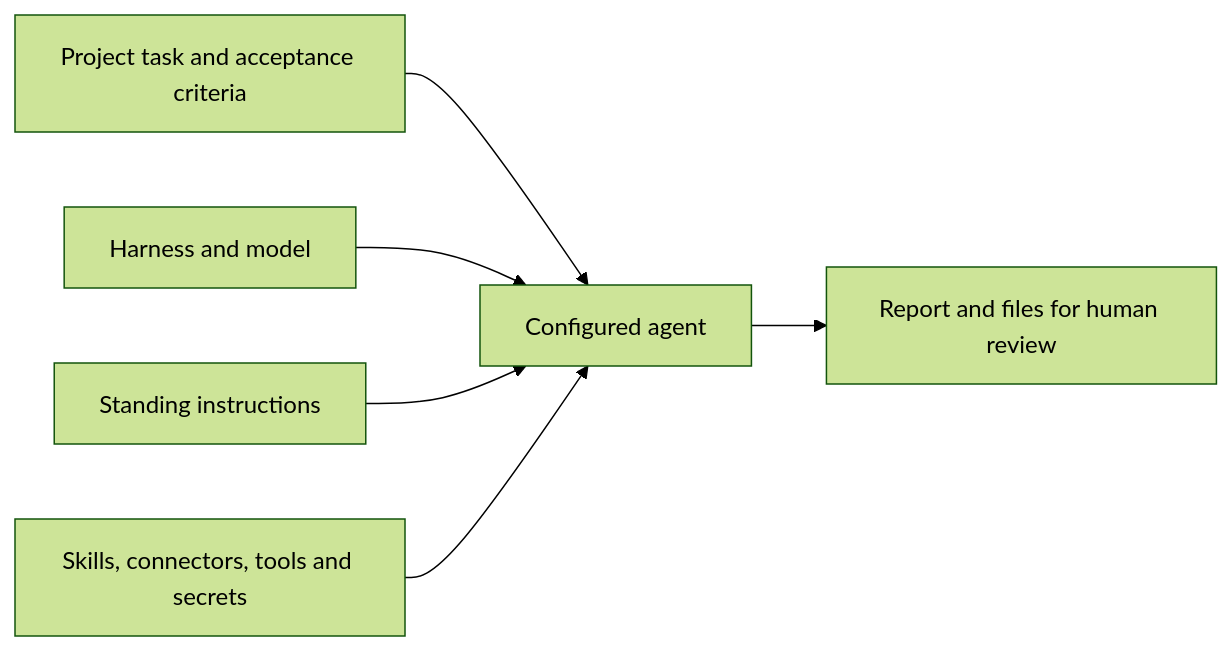
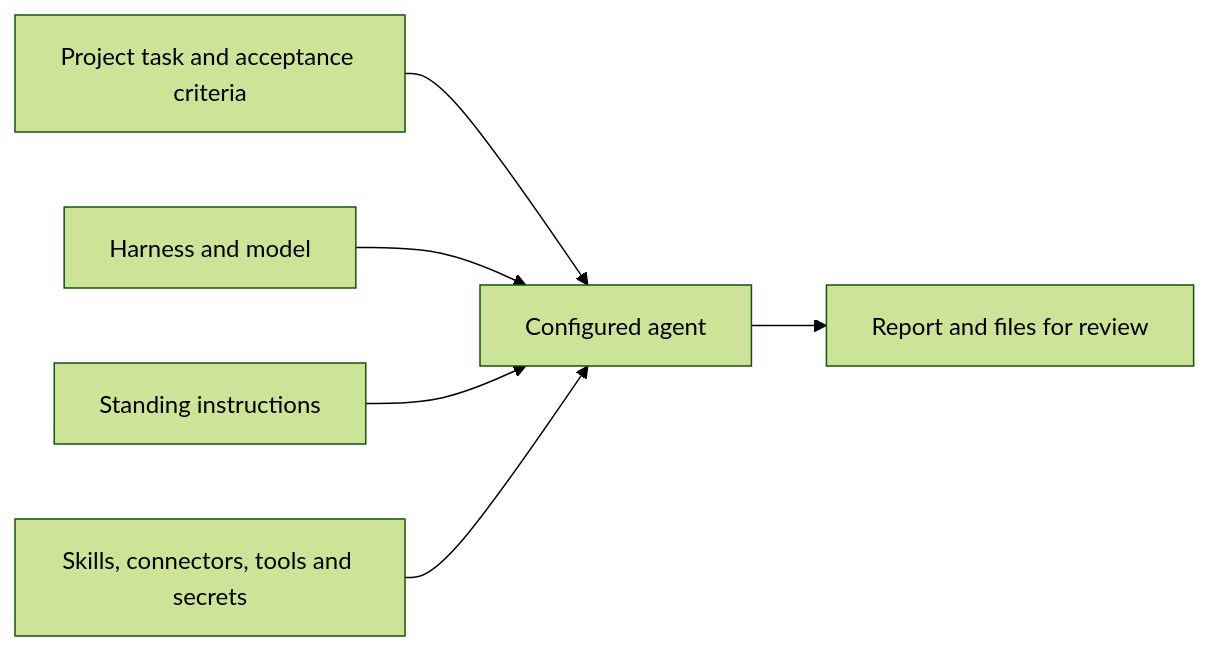
The diagram in docs/en/platform/agents/concepts.md (tale-project/tale), drawn with Mermaid (forest theme) before and after one commit. The commit also changed other lines of this file and 122 other files, not shown here.

````diff
--- a/docs/en/platform/agents/concepts.md
+++ b/docs/en/platform/agents/concepts.md
@@ -37,8 +37,8 @@
 ```mermaid
 flowchart LR
     P[Project task and acceptance criteria] --> A[Configured agent]
     H[Harness and model] --> A
     I[Standing instructions] --> A
     E[Skills, connectors, tools and secrets] --> A
-    A --> R[Report and files for human review]
+    A --> R[Report and files for review]
 ```
````
